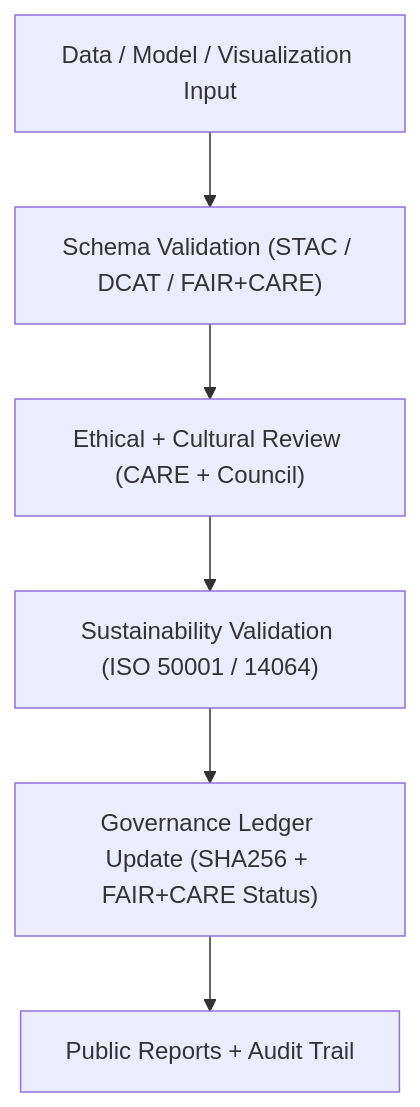
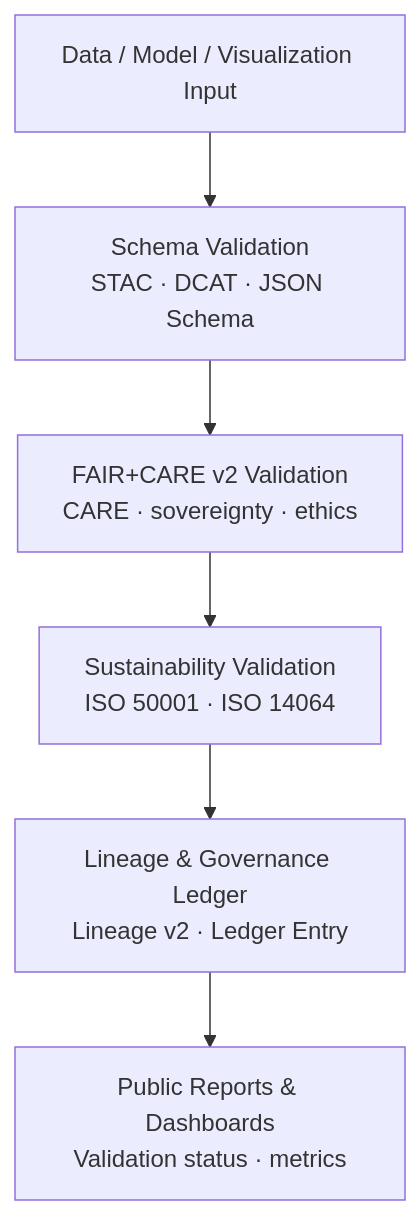
One commit to bartytime4life/Kansas-Frontier-Matrix changed the first of 2 diagrams in docs/guides/workflows/validation-workflows.md. Above: the diagram before and after it, drawn with Mermaid. The commit also changed other lines of this file, not shown here.

Commit message:
Update validation workflows documentation to v10.4.2

`````diff
--- a/docs/guides/workflows/validation-workflows.md
+++ b/docs/guides/workflows/validation-workflows.md
@@ -63,8 +70,9 @@
 ```mermaid
 flowchart TD
-A["Data / Model / Visualization Input"] --> B["Schema Validation (STAC / DCAT / FAIR+CARE)"]
-B --> C["Ethical + Cultural Review (CARE + Council)"]
-C --> D["Sustainability Validation (ISO 50001 / 14064)"]
-D --> E["Governance Ledger Update (SHA256 + FAIR+CARE Status)"]
-E --> F["Public Reports + Audit Trail"]
-```
+
+A["Data / Model / Visualization Input"] --> B["Schema Validation<br/>STAC · DCAT · JSON Schema"]
+B --> C["FAIR+CARE v2 Validation<br/>CARE · sovereignty · ethics"]
+C --> D["Sustainability Validation<br/>ISO 50001 · ISO 14064"]
+D --> E["Lineage & Governance Ledger<br/>Lineage v2 · Ledger Entry"]
+E --> F["Public Reports & Dashboards<br/>Validation status · metrics"]
+````
`````
